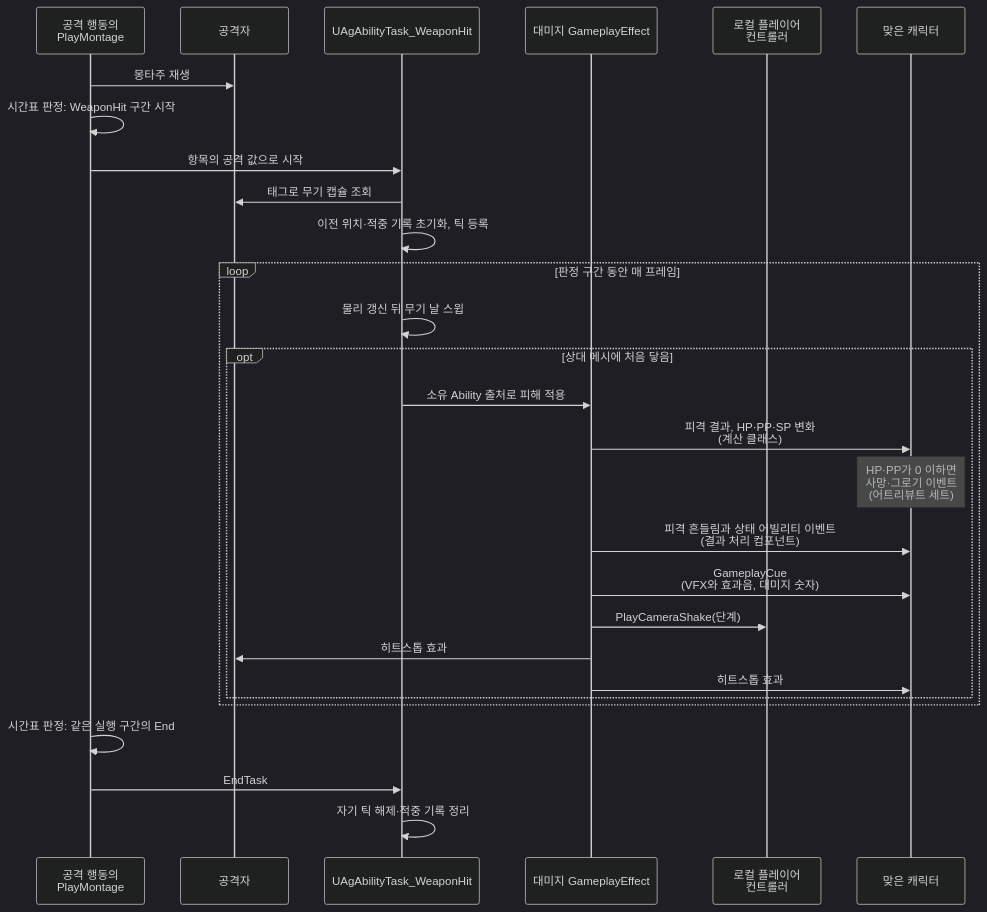
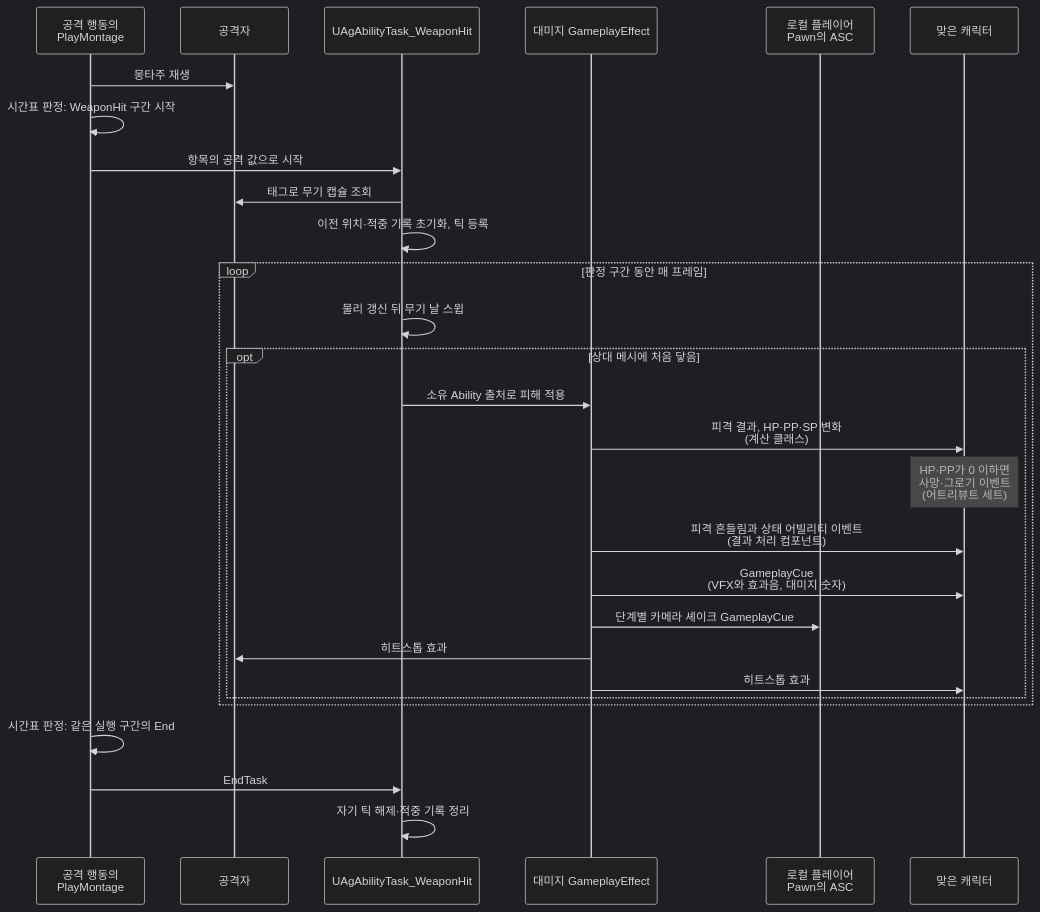
One commit to Woogl/Ag changed the third of 3 diagrams in Docs/Program/대미지와 피격 처리.md. Above: the diagram before and after it, drawn with Mermaid (dark theme). The commit also changed other lines of this file and 34 other files, not shown here.

````diff
--- a/Docs/Program/대미지와 피격 처리.md
+++ b/Docs/Program/대미지와 피격 처리.md
@@ -75,30 +103,30 @@
 ```mermaid
 sequenceDiagram
     participant GA as 공격 행동의<br>PlayMontage
     participant A as 공격자
     participant AT as UAgAbilityTask_WeaponHit
     participant G as 대미지 GameplayEffect
-    participant P as 로컬 플레이어<br>컨트롤러
+    participant P as 로컬 플레이어<br>Pawn의 ASC
     participant T as 맞은 캐릭터
     GA->>A: 몽타주 재생
     GA->>GA: 시간표 판정: WeaponHit 구간 시작
     GA->>AT: 항목의 공격 값으로 시작
     AT->>A: 태그로 무기 캡슐 조회
     AT->>AT: 이전 위치·적중 기록 초기화, 틱 등록
     loop 판정 구간 동안 매 프레임
         AT->>AT: 물리 갱신 뒤 무기 날 스윕
         opt 상대 메시에 처음 닿음
             AT->>G: 소유 Ability 출처로 피해 적용
             G->>T: 피격 결과, HP·PP·SP 변화<br>(계산 클래스)
             Note over T: HP·PP가 0 이하면<br>사망·그로기 이벤트<br>(어트리뷰트 세트)
             G->>T: 피격 흔들림과 상태 어빌리티 이벤트<br>(결과 처리 컴포넌트)
             G->>T: GameplayCue<br>(VFX와 효과음, 대미지 숫자)
-            G->>P: PlayCameraShake(단계)
+            G->>P: 단계별 카메라 셰이크 GameplayCue
             G->>A: 히트스톱 효과
             G->>T: 히트스톱 효과
         end
     end
     GA->>GA: 시간표 판정: 같은 실행 구간의 End
     GA->>AT: EndTask
     AT->>AT: 자기 틱 해제·적중 기록 정리
 ```
````
